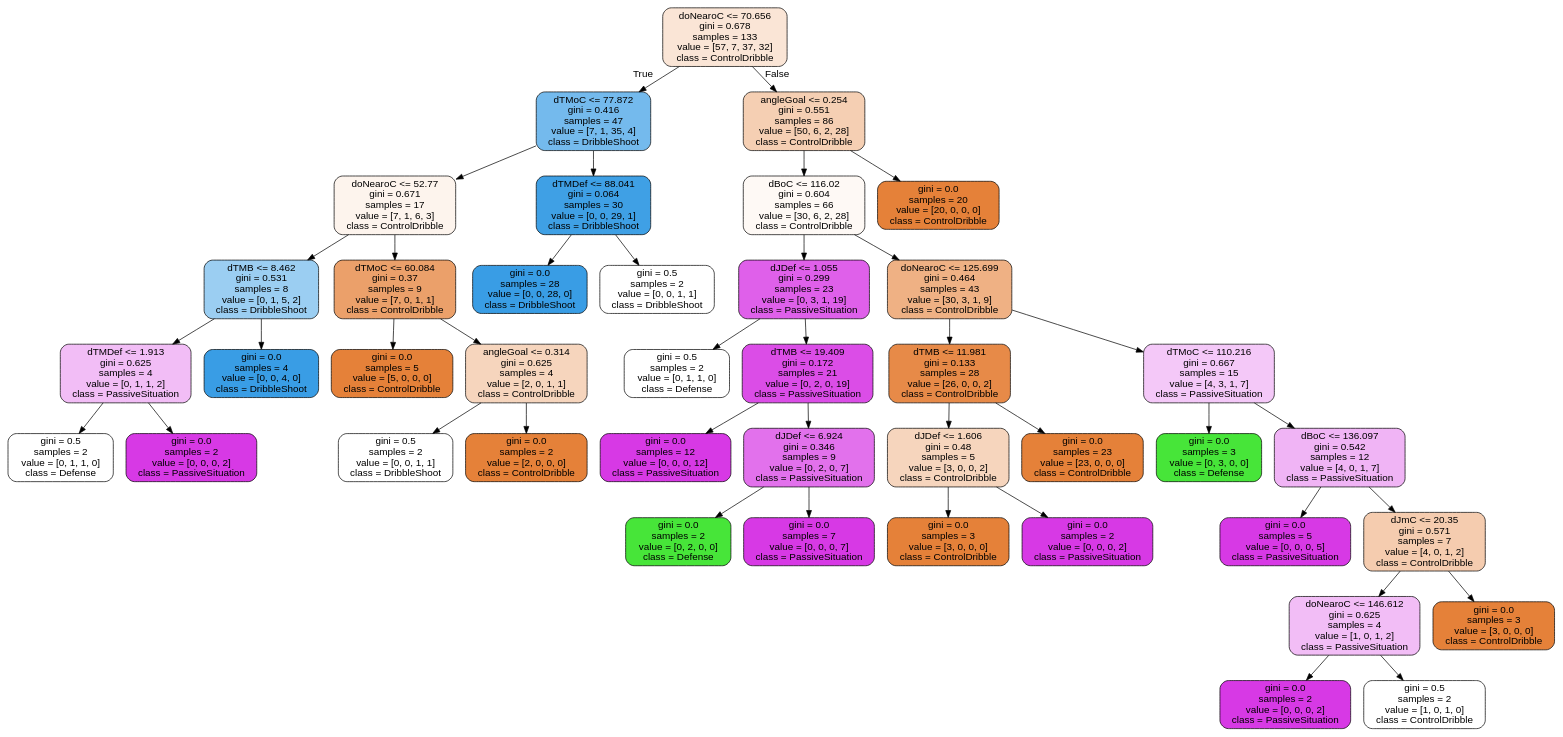
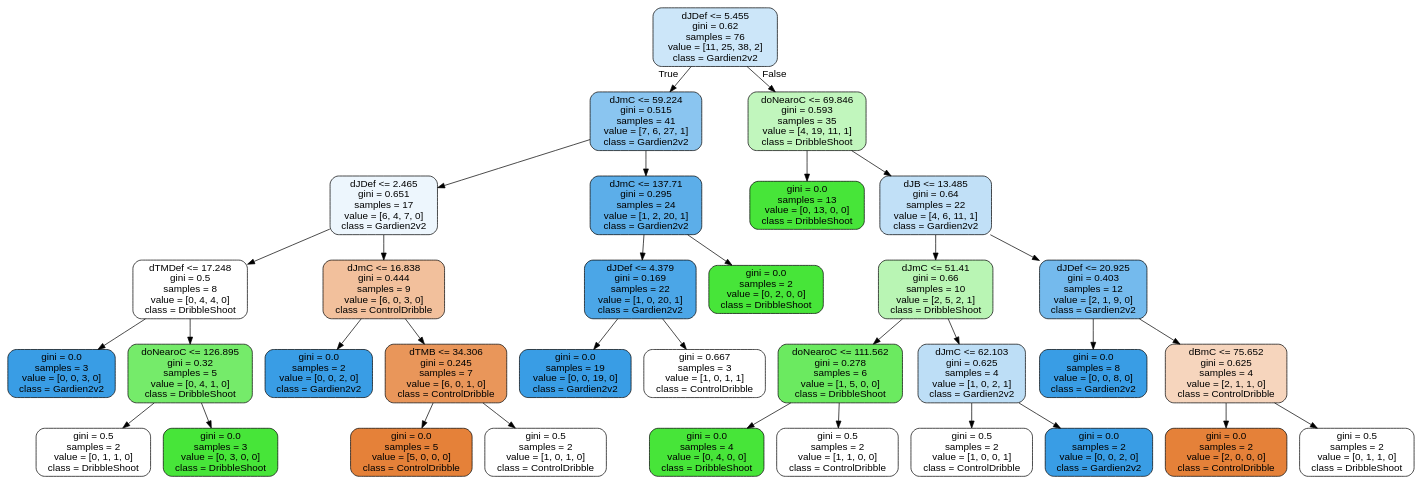
The diagram in test_arbre.dot (angelo-ortiz/SoccerSimulator-2017), drawn with Graphviz before and after one commit. The commit also changed 14 other files, not shown here.

```diff
--- a/test_arbre.dot
+++ b/test_arbre.dot
@@ -1,85 +1,69 @@
 digraph Tree {
 node [shape=box, style="filled, rounded", color="black", fontname=helvetica] ;
 edge [fontname=helvetica] ;
-0 [label="doNearoC <= 70.656\ngini = 0.678\nsamples = 133\nvalue = [57, 7, 37, 32]\nclass = ControlDribble", fillcolor="#e5813935"] ;
-1 [label="dTMoC <= 77.872\ngini = 0.416\nsamples = 47\nvalue = [7, 1, 35, 4]\nclass = DribbleShoot", fillcolor="#399de5b2"] ;
+0 [label="dJDef <= 5.455\ngini = 0.62\nsamples = 76\nvalue = [11, 25, 38, 2]\nclass = Gardien2v2", fillcolor="#399de541"] ;
+1 [label="dJmC <= 59.224\ngini = 0.515\nsamples = 41\nvalue = [7, 6, 27, 1]\nclass = Gardien2v2", fillcolor="#399de596"] ;
 0 -> 1 [labeldistance=2.5, labelangle=45, headlabel="True"] ;
-2 [label="doNearoC <= 52.77\ngini = 0.671\nsamples = 17\nvalue = [7, 1, 6, 3]\nclass = ControlDribble", fillcolor="#e5813917"] ;
+2 [label="dJDef <= 2.465\ngini = 0.651\nsamples = 17\nvalue = [6, 4, 7, 0]\nclass = Gardien2v2", fillcolor="#399de517"] ;
 1 -> 2 ;
-3 [label="dTMB <= 8.462\ngini = 0.531\nsamples = 8\nvalue = [0, 1, 5, 2]\nclass = DribbleShoot", fillcolor="#399de580"] ;
+3 [label="dTMDef <= 17.248\ngini = 0.5\nsamples = 8\nvalue = [0, 4, 4, 0]\nclass = DribbleShoot", fillcolor="#47e53900"] ;
 2 -> 3 ;
-4 [label="dTMDef <= 1.913\ngini = 0.625\nsamples = 4\nvalue = [0, 1, 1, 2]\nclass = PassiveSituation", fillcolor="#d739e555"] ;
+4 [label="gini = 0.0\nsamples = 3\nvalue = [0, 0, 3, 0]\nclass = Gardien2v2", fillcolor="#399de5ff"] ;
 3 -> 4 ;
-5 [label="gini = 0.5\nsamples = 2\nvalue = [0, 1, 1, 0]\nclass = Defense", fillcolor="#47e53900"] ;
-4 -> 5 ;
-6 [label="gini = 0.0\nsamples = 2\nvalue = [0, 0, 0, 2]\nclass = PassiveSituation", fillcolor="#d739e5ff"] ;
-4 -> 6 ;
-7 [label="gini = 0.0\nsamples = 4\nvalue = [0, 0, 4, 0]\nclass = DribbleShoot", fillcolor="#399de5ff"] ;
-3 -> 7 ;
-8 [label="dTMoC <= 60.084\ngini = 0.37\nsamples = 9\nvalue = [7, 0, 1, 1]\nclass = ControlDribble", fillcolor="#e58139bf"] ;
+5 [label="doNearoC <= 126.895\ngini = 0.32\nsamples = 5\nvalue = [0, 4, 1, 0]\nclass = DribbleShoot", fillcolor="#47e539bf"] ;
+3 -> 5 ;
+6 [label="gini = 0.5\nsamples = 2\nvalue = [0, 1, 1, 0]\nclass = DribbleShoot", fillcolor="#47e53900"] ;
+5 -> 6 ;
+7 [label="gini = 0.0\nsamples = 3\nvalue = [0, 3, 0, 0]\nclass = DribbleShoot", fillcolor="#47e539ff"] ;
+5 -> 7 ;
+8 [label="dJmC <= 16.838\ngini = 0.444\nsamples = 9\nvalue = [6, 0, 3, 0]\nclass = ControlDribble", fillcolor="#e581397f"] ;
 2 -> 8 ;
-9 [label="gini = 0.0\nsamples = 5\nvalue = [5, 0, 0, 0]\nclass = ControlDribble", fillcolor="#e58139ff"] ;
+9 [label="gini = 0.0\nsamples = 2\nvalue = [0, 0, 2, 0]\nclass = Gardien2v2", fillcolor="#399de5ff"] ;
 8 -> 9 ;
-10 [label="angleGoal <= 0.314\ngini = 0.625\nsamples = 4\nvalue = [2, 0, 1, 1]\nclass = ControlDribble", fillcolor="#e5813955"] ;
+10 [label="dTMB <= 34.306\ngini = 0.245\nsamples = 7\nvalue = [6, 0, 1, 0]\nclass = ControlDribble", fillcolor="#e58139d4"] ;
 8 -> 10 ;
-11 [label="gini = 0.5\nsamples = 2\nvalue = [0, 0, 1, 1]\nclass = DribbleShoot", fillcolor="#399de500"] ;
+11 [label="gini = 0.0\nsamples = 5\nvalue = [5, 0, 0, 0]\nclass = ControlDribble", fillcolor="#e58139ff"] ;
 10 -> 11 ;
-12 [label="gini = 0.0\nsamples = 2\nvalue = [2, 0, 0, 0]\nclass = ControlDribble", fillcolor="#e58139ff"] ;
+12 [label="gini = 0.5\nsamples = 2\nvalue = [1, 0, 1, 0]\nclass = ControlDribble", fillcolor="#e5813900"] ;
 10 -> 12 ;
-13 [label="dTMDef <= 88.041\ngini = 0.064\nsamples = 30\nvalue = [0, 0, 29, 1]\nclass = DribbleShoot", fillcolor="#399de5f6"] ;
+13 [label="dJmC <= 137.71\ngini = 0.295\nsamples = 24\nvalue = [1, 2, 20, 1]\nclass = Gardien2v2", fillcolor="#399de5d1"] ;
 1 -> 13 ;
-14 [label="gini = 0.0\nsamples = 28\nvalue = [0, 0, 28, 0]\nclass = DribbleShoot", fillcolor="#399de5ff"] ;
+14 [label="dJDef <= 4.379\ngini = 0.169\nsamples = 22\nvalue = [1, 0, 20, 1]\nclass = Gardien2v2", fillcolor="#399de5e7"] ;
 13 -> 14 ;
-15 [label="gini = 0.5\nsamples = 2\nvalue = [0, 0, 1, 1]\nclass = DribbleShoot", fillcolor="#399de500"] ;
-13 -> 15 ;
-16 [label="angleGoal <= 0.254\ngini = 0.551\nsamples = 86\nvalue = [50, 6, 2, 28]\nclass = ControlDribble", fillcolor="#e5813961"] ;
-0 -> 16 [labeldistance=2.5, labelangle=-45, headlabel="False"] ;
-17 [label="dBoC <= 116.02\ngini = 0.604\nsamples = 66\nvalue = [30, 6, 2, 28]\nclass = ControlDribble", fillcolor="#e581390d"] ;
-16 -> 17 ;
-18 [label="dJDef <= 1.055\ngini = 0.299\nsamples = 23\nvalue = [0, 3, 1, 19]\nclass = PassiveSituation", fillcolor="#d739e5cc"] ;
-17 -> 18 ;
-19 [label="gini = 0.5\nsamples = 2\nvalue = [0, 1, 1, 0]\nclass = Defense", fillcolor="#47e53900"] ;
+15 [label="gini = 0.0\nsamples = 19\nvalue = [0, 0, 19, 0]\nclass = Gardien2v2", fillcolor="#399de5ff"] ;
+14 -> 15 ;
+16 [label="gini = 0.667\nsamples = 3\nvalue = [1, 0, 1, 1]\nclass = ControlDribble", fillcolor="#e5813900"] ;
+14 -> 16 ;
+17 [label="gini = 0.0\nsamples = 2\nvalue = [0, 2, 0, 0]\nclass = DribbleShoot", fillcolor="#47e539ff"] ;
+13 -> 17 ;
+18 [label="doNearoC <= 69.846\ngini = 0.593\nsamples = 35\nvalue = [4, 19, 11, 1]\nclass = DribbleShoot", fillcolor="#47e53955"] ;
+0 -> 18 [labeldistance=2.5, labelangle=-45, headlabel="False"] ;
+19 [label="gini = 0.0\nsamples = 13\nvalue = [0, 13, 0, 0]\nclass = DribbleShoot", fillcolor="#47e539ff"] ;
 18 -> 19 ;
-20 [label="dTMB <= 19.409\ngini = 0.172\nsamples = 21\nvalue = [0, 2, 0, 19]\nclass = PassiveSituation", fillcolor="#d739e5e4"] ;
+20 [label="dJB <= 13.485\ngini = 0.64\nsamples = 22\nvalue = [4, 6, 11, 1]\nclass = Gardien2v2", fillcolor="#399de550"] ;
 18 -> 20 ;
-21 [label="gini = 0.0\nsamples = 12\nvalue = [0, 0, 0, 12]\nclass = PassiveSituation", fillcolor="#d739e5ff"] ;
+21 [label="dJmC <= 51.41\ngini = 0.66\nsamples = 10\nvalue = [2, 5, 2, 1]\nclass = DribbleShoot", fillcolor="#47e53960"] ;
 20 -> 21 ;
-22 [label="dJDef <= 6.924\ngini = 0.346\nsamples = 9\nvalue = [0, 2, 0, 7]\nclass = PassiveSituation", fillcolor="#d739e5b6"] ;
-20 -> 22 ;
-23 [label="gini = 0.0\nsamples = 2\nvalue = [0, 2, 0, 0]\nclass = Defense", fillcolor="#47e539ff"] ;
+22 [label="doNearoC <= 111.562\ngini = 0.278\nsamples = 6\nvalue = [1, 5, 0, 0]\nclass = DribbleShoot", fillcolor="#47e539cc"] ;
+21 -> 22 ;
+23 [label="gini = 0.0\nsamples = 4\nvalue = [0, 4, 0, 0]\nclass = DribbleShoot", fillcolor="#47e539ff"] ;
 22 -> 23 ;
-24 [label="gini = 0.0\nsamples = 7\nvalue = [0, 0, 0, 7]\nclass = PassiveSituation", fillcolor="#d739e5ff"] ;
+24 [label="gini = 0.5\nsamples = 2\nvalue = [1, 1, 0, 0]\nclass = ControlDribble", fillcolor="#e5813900"] ;
 22 -> 24 ;
-25 [label="doNearoC <= 125.699\ngini = 0.464\nsamples = 43\nvalue = [30, 3, 1, 9]\nclass = ControlDribble", fillcolor="#e581399e"] ;
-17 -> 25 ;
-26 [label="dTMB <= 11.981\ngini = 0.133\nsamples = 28\nvalue = [26, 0, 0, 2]\nclass = ControlDribble", fillcolor="#e58139eb"] ;
+25 [label="dJmC <= 62.103\ngini = 0.625\nsamples = 4\nvalue = [1, 0, 2, 1]\nclass = Gardien2v2", fillcolor="#399de555"] ;
+21 -> 25 ;
+26 [label="gini = 0.5\nsamples = 2\nvalue = [1, 0, 0, 1]\nclass = ControlDribble", fillcolor="#e5813900"] ;
 25 -> 26 ;
-27 [label="dJDef <= 1.606\ngini = 0.48\nsamples = 5\nvalue = [3, 0, 0, 2]\nclass = ControlDribble", fillcolor="#e5813955"] ;
-26 -> 27 ;
-28 [label="gini = 0.0\nsamples = 3\nvalue = [3, 0, 0, 0]\nclass = ControlDribble", fillcolor="#e58139ff"] ;
-27 -> 28 ;
-29 [label="gini = 0.0\nsamples = 2\nvalue = [0, 0, 0, 2]\nclass = PassiveSituation", fillcolor="#d739e5ff"] ;
-27 -> 29 ;
-30 [label="gini = 0.0\nsamples = 23\nvalue = [23, 0, 0, 0]\nclass = ControlDribble", fillcolor="#e58139ff"] ;
-26 -> 30 ;
-31 [label="dTMoC <= 110.216\ngini = 0.667\nsamples = 15\nvalue = [4, 3, 1, 7]\nclass = PassiveSituation", fillcolor="#d739e546"] ;
-25 -> 31 ;
-32 [label="gini = 0.0\nsamples = 3\nvalue = [0, 3, 0, 0]\nclass = Defense", fillcolor="#47e539ff"] ;
-31 -> 32 ;
-33 [label="dBoC <= 136.097\ngini = 0.542\nsamples = 12\nvalue = [4, 0, 1, 7]\nclass = PassiveSituation", fillcolor="#d739e560"] ;
-31 -> 33 ;
-34 [label="gini = 0.0\nsamples = 5\nvalue = [0, 0, 0, 5]\nclass = PassiveSituation", fillcolor="#d739e5ff"] ;
-33 -> 34 ;
-35 [label="dJmC <= 20.35\ngini = 0.571\nsamples = 7\nvalue = [4, 0, 1, 2]\nclass = ControlDribble", fillcolor="#e5813966"] ;
-33 -> 35 ;
-36 [label="doNearoC <= 146.612\ngini = 0.625\nsamples = 4\nvalue = [1, 0, 1, 2]\nclass = PassiveSituation", fillcolor="#d739e555"] ;
-35 -> 36 ;
-37 [label="gini = 0.0\nsamples = 2\nvalue = [0, 0, 0, 2]\nclass = PassiveSituation", fillcolor="#d739e5ff"] ;
-36 -> 37 ;
-38 [label="gini = 0.5\nsamples = 2\nvalue = [1, 0, 1, 0]\nclass = ControlDribble", fillcolor="#e5813900"] ;
-36 -> 38 ;
-39 [label="gini = 0.0\nsamples = 3\nvalue = [3, 0, 0, 0]\nclass = ControlDribble", fillcolor="#e58139ff"] ;
-35 -> 39 ;
-40 [label="gini = 0.0\nsamples = 20\nvalue = [20, 0, 0, 0]\nclass = ControlDribble", fillcolor="#e58139ff"] ;
-16 -> 40 ;
+27 [label="gini = 0.0\nsamples = 2\nvalue = [0, 0, 2, 0]\nclass = Gardien2v2", fillcolor="#399de5ff"] ;
+25 -> 27 ;
+28 [label="dJDef <= 20.925\ngini = 0.403\nsamples = 12\nvalue = [2, 1, 9, 0]\nclass = Gardien2v2", fillcolor="#399de5b2"] ;
+20 -> 28 ;
+29 [label="gini = 0.0\nsamples = 8\nvalue = [0, 0, 8, 0]\nclass = Gardien2v2", fillcolor="#399de5ff"] ;
+28 -> 29 ;
+30 [label="dBmC <= 75.652\ngini = 0.625\nsamples = 4\nvalue = [2, 1, 1, 0]\nclass = ControlDribble", fillcolor="#e5813955"] ;
+28 -> 30 ;
+31 [label="gini = 0.0\nsamples = 2\nvalue = [2, 0, 0, 0]\nclass = ControlDribble", fillcolor="#e58139ff"] ;
+30 -> 31 ;
+32 [label="gini = 0.5\nsamples = 2\nvalue = [0, 1, 1, 0]\nclass = DribbleShoot", fillcolor="#47e53900"] ;
+30 -> 32 ;
 }
```
